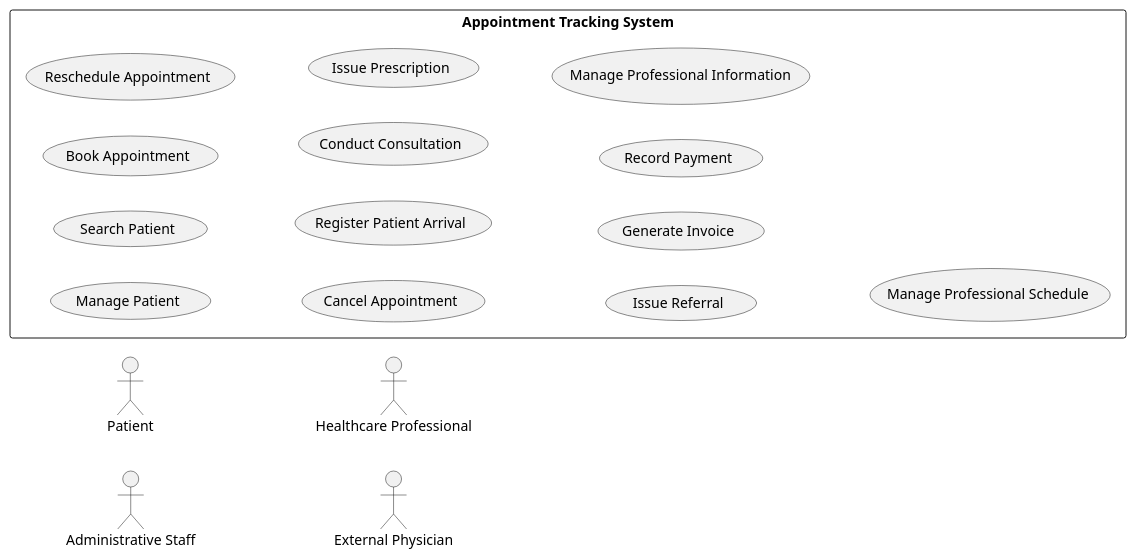
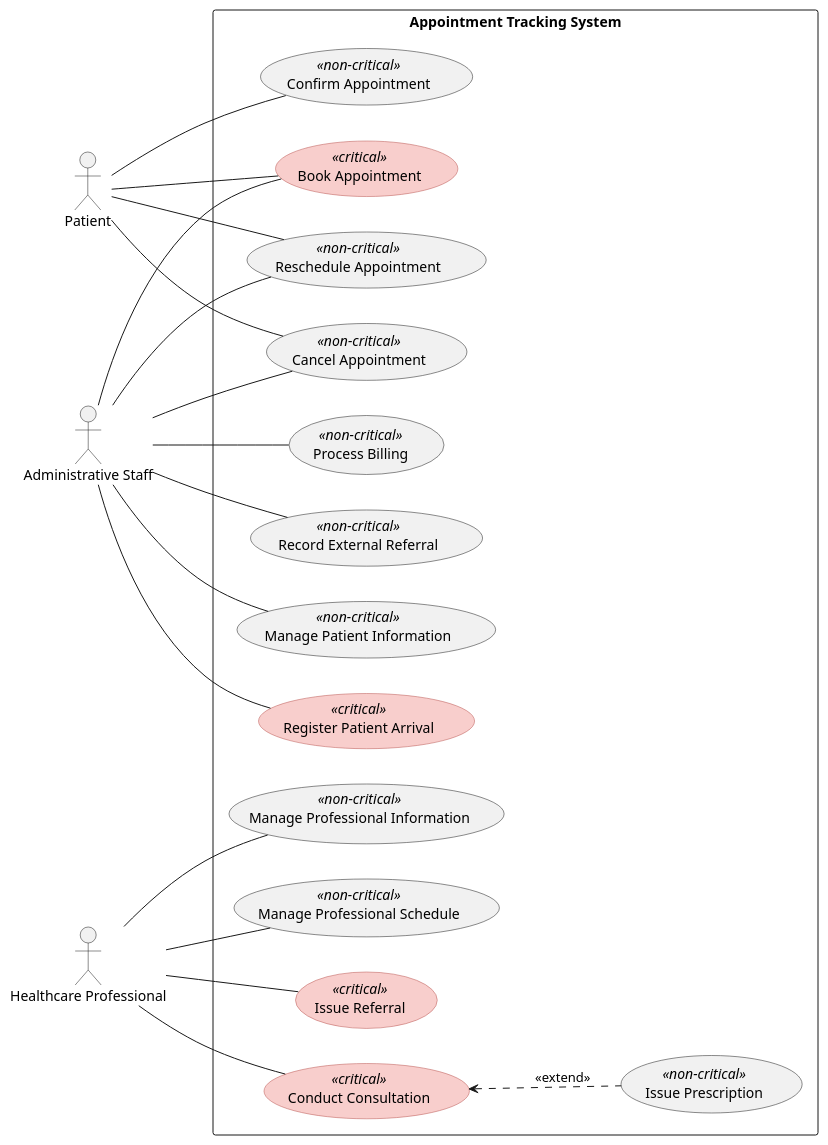
The diagram in docs/iteration1/use-case-diagram/use-case-diagram.puml (rakib-akter/SOEN-342-Project), drawn with PlantUML before and after one commit. The commit also changed 2 other files, not shown here.

Commit message:
Added use case diagram and assumptions for Iteration 1. Feel free to critique it.

```diff
--- a/docs/iteration1/use-case-diagram/use-case-diagram.puml
+++ b/docs/iteration1/use-case-diagram/use-case-diagram.puml
@@ -1,31 +1,53 @@
 @startuml Use-case Diagram
 
 left to right direction
 
+skinparam usecase {
+    BackgroundColor<<critical>> #F8CECC
+    BorderColor<<critical>> #B85450
+}
+
 actor "Patient" as patient
 actor "Administrative Staff" as staff
 actor "Healthcare Professional" as hcp
-actor "External Physician" as extPhy
 
 rectangle "Appointment Tracking System" {
-    usecase "Manage Patient" as ManagePatient
-    usecase "Search Patient" as SearchPatient
+    usecase "Confirm Appointment" as ConfirmAppointment <<non-critical>>
+    usecase "Book Appointment" as BookAppointment <<critical>>
+    usecase "Reschedule Appointment" as RescheduleAppointment <<non-critical>>
+    usecase "Cancel Appointment" as CancelAppointment <<non-critical>>
 
-    usecase "Book Appointment" as BookAppointment
-    usecase "Reschedule Appointment" as RescheduleAppointment
-    usecase "Cancel Appointment" as CancelAppointment
+    usecase "Manage Patient Information" as ManagePatient <<non-critical>>
+    usecase "Register Patient Arrival" as RegisterPatientArrival <<critical>>
+    usecase "Process Billing" as ProcessBilling <<non-critical>>
 
-    usecase "Register Patient Arrival" as RegisterPatientArrival
+    usecase "Record External Referral" as RecordReferral <<non-critical>>
+    usecase "Issue Referral" as IssueReferral <<critical>>
 
-    usecase "Conduct Consultation" as ConductConsultation
-    usecase "Issue Prescription" as IssuePrescription
-    usecase "Issue Referral" as IssueReferral
-
-    usecase "Generate Invoice" as GenerateInvoice
-    usecase "Record Payment" as RecordPayment
-
-    usecase "Manage Professional Information" as ManageProfessionalInformation
-    usecase "Manage Professional Schedule" as ManageProfessionalSchedule
+    usecase "Conduct Consultation" as ConductConsultation <<critical>>
+    usecase "Issue Prescription" as IssuePrescription <<non-critical>>
+    usecase "Manage Professional Information" as ManageProfessionalInformation <<non-critical>>
+    usecase "Manage Professional Schedule" as ManageProfessionalSchedule <<non-critical>>
 }
 
+patient -- ConfirmAppointment
+patient -- BookAppointment
+patient -- RescheduleAppointment
+patient -- CancelAppointment
+
+staff -- BookAppointment
+staff -- RescheduleAppointment
+staff -- CancelAppointment
+staff -- ManagePatient
+staff -- RegisterPatientArrival
+staff -- ProcessBilling
+staff -- RecordReferral
+
+hcp -- IssueReferral
+hcp -- ConductConsultation
+hcp -- ManageProfessionalInformation
+hcp -- ManageProfessionalSchedule
+
+ConductConsultation <.. IssuePrescription : <<extend>>
+
 @enduml
```
